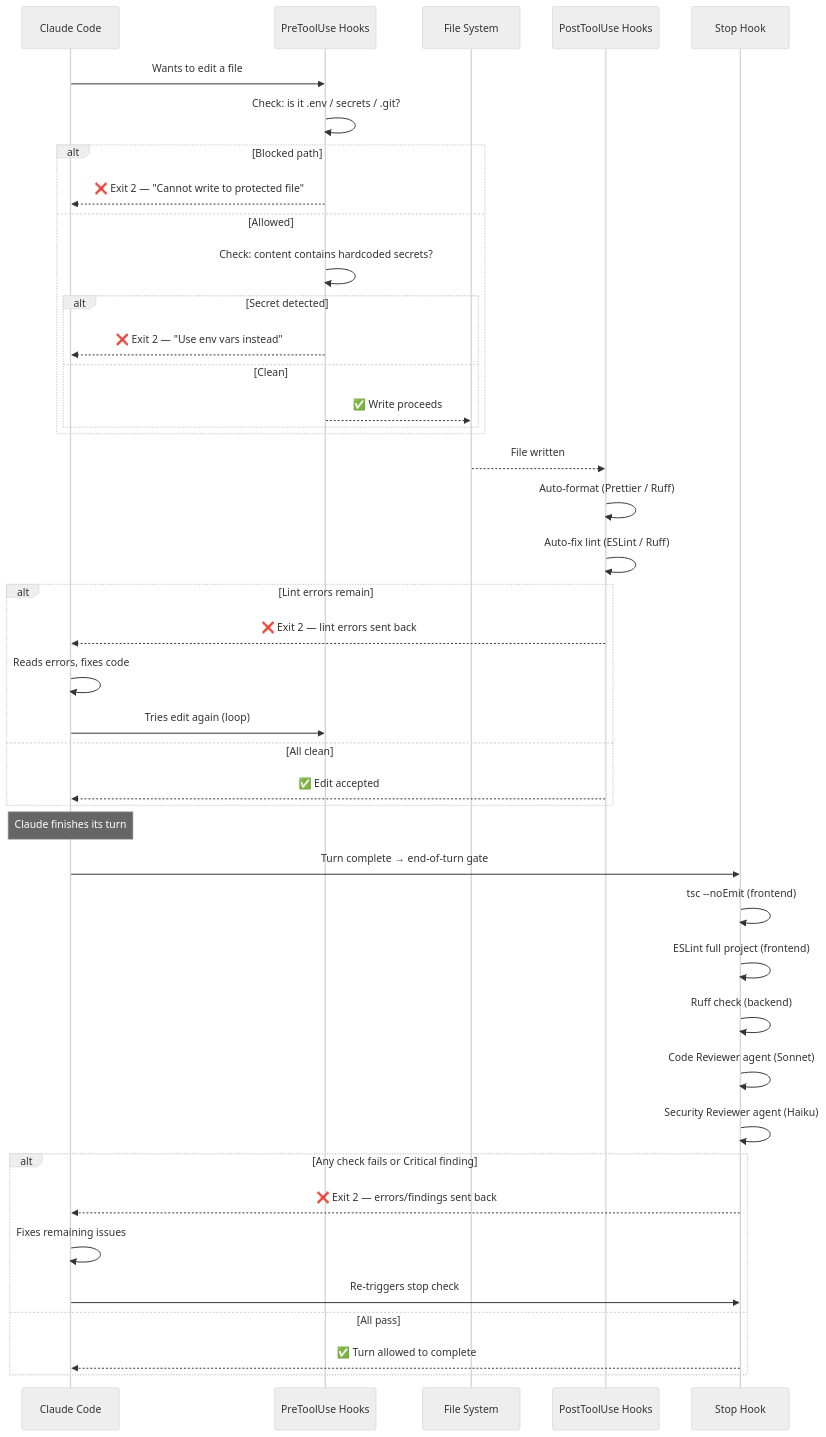
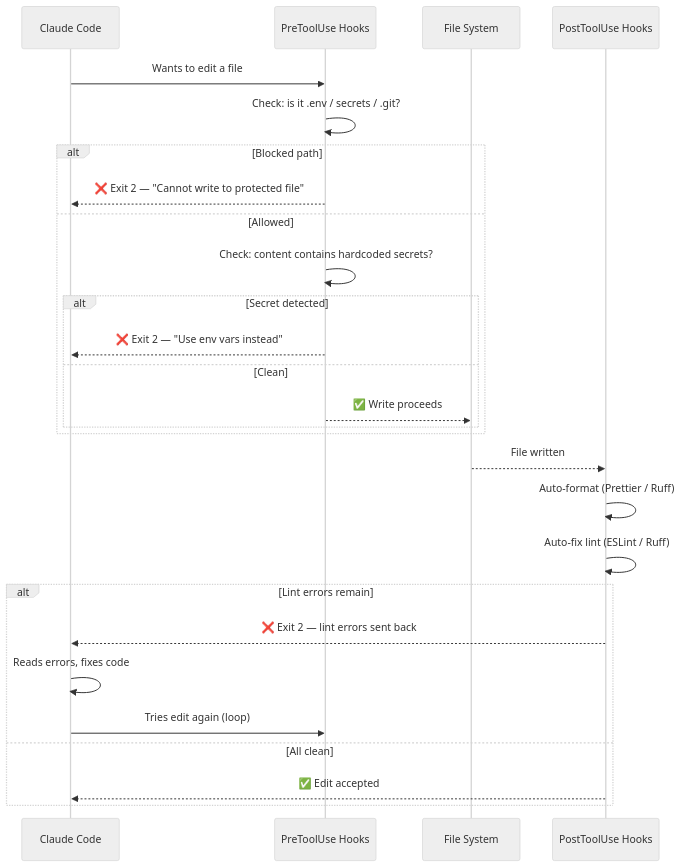
One commit to vipink1203/claude-base changed the second of 3 diagrams in README.md. Above: the diagram before and after it, drawn with Mermaid (neutral theme). The commit also changed other lines of this file and 21 other files, not shown here.

````diff
--- a/README.md
+++ b/README.md
@@ -65,48 +81,31 @@
 ```mermaid
 sequenceDiagram
     participant C as Claude Code
     participant Pre as PreToolUse Hooks
     participant FS as File System
     participant Post as PostToolUse Hooks
-    participant Stop as Stop Hook
 
     C->>Pre: Wants to edit a file
     Pre->>Pre: Check: is it .env / secrets / .git?
     alt Blocked path
         Pre-->>C: ❌ Exit 2 — "Cannot write to protected file"
     else Allowed
         Pre->>Pre: Check: content contains hardcoded secrets?
         alt Secret detected
             Pre-->>C: ❌ Exit 2 — "Use env vars instead"
         else Clean
             Pre-->>FS: ✅ Write proceeds
         end
     end
 
     FS-->>Post: File written
     Post->>Post: Auto-format (Prettier / Ruff)
     Post->>Post: Auto-fix lint (ESLint / Ruff)
     alt Lint errors remain
         Post-->>C: ❌ Exit 2 — lint errors sent back
         C->>C: Reads errors, fixes code
         C->>Pre: Tries edit again (loop)
     else All clean
         Post-->>C: ✅ Edit accepted
     end
-
-    Note over C: Claude finishes its turn
-
-    C->>Stop: Turn complete → end-of-turn gate
-    Stop->>Stop: tsc --noEmit (frontend)
-    Stop->>Stop: ESLint full project (frontend)
-    Stop->>Stop: Ruff check (backend)
-    Stop->>Stop: Code Reviewer agent (Sonnet)
-    Stop->>Stop: Security Reviewer agent (Haiku)
-    alt Any check fails or Critical finding
-        Stop-->>C: ❌ Exit 2 — errors/findings sent back
-        C->>C: Fixes remaining issues
-        C->>Stop: Re-triggers stop check
-    else All pass
-        Stop-->>C: ✅ Turn allowed to complete
-    end
 ```
````
